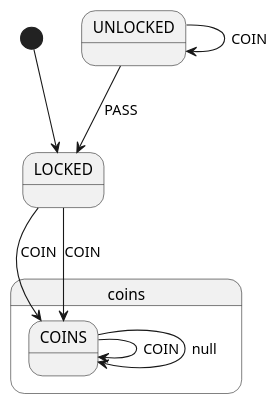
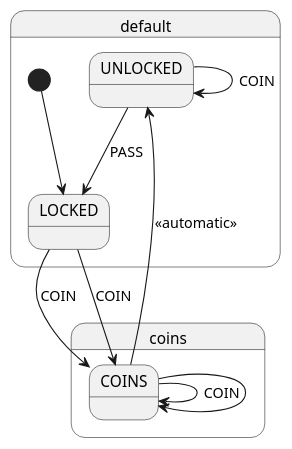
Before and after one commit to open-jumpco/kfsm-viz: the diagram in generated/paying-turnstile.plantuml, drawn with PlantUML. The commit also changed 7 other files, not shown here.

```diff
--- a/generated/paying-turnstile.plantuml
+++ b/generated/paying-turnstile.plantuml
@@ -1,11 +1,14 @@
 @startuml
 state coins {
   COINS --> COINS : COIN
-  COINS --> COINS : null
+  COINS --> COINS
 }
-[*] --> LOCKED
-LOCKED --> COINS : COIN
-UNLOCKED --> UNLOCKED : COIN
-UNLOCKED --> LOCKED : PASS
-LOCKED --> COINS : COIN
+state default {
+  [*] --> LOCKED
+  LOCKED --> COINS : COIN
+  UNLOCKED --> UNLOCKED : COIN
+  UNLOCKED --> LOCKED : PASS
+  LOCKED --> COINS : COIN
+  COINS --> UNLOCKED : <<automatic>>
+}
 @enduml
```
